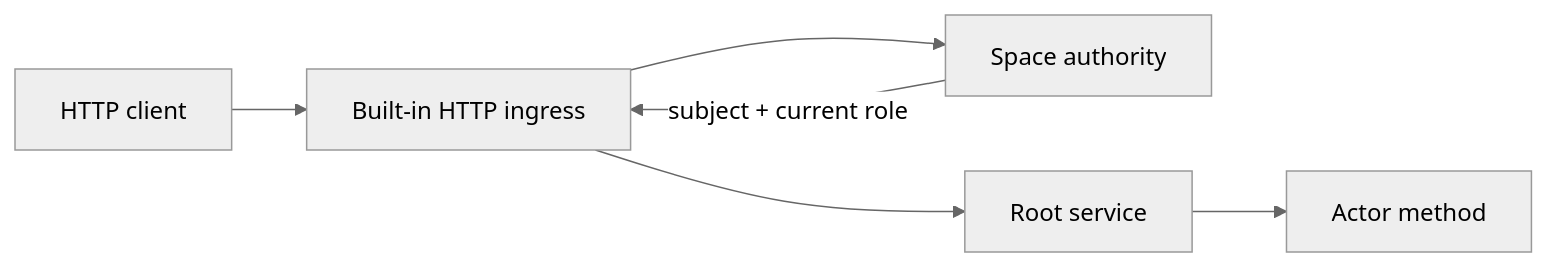
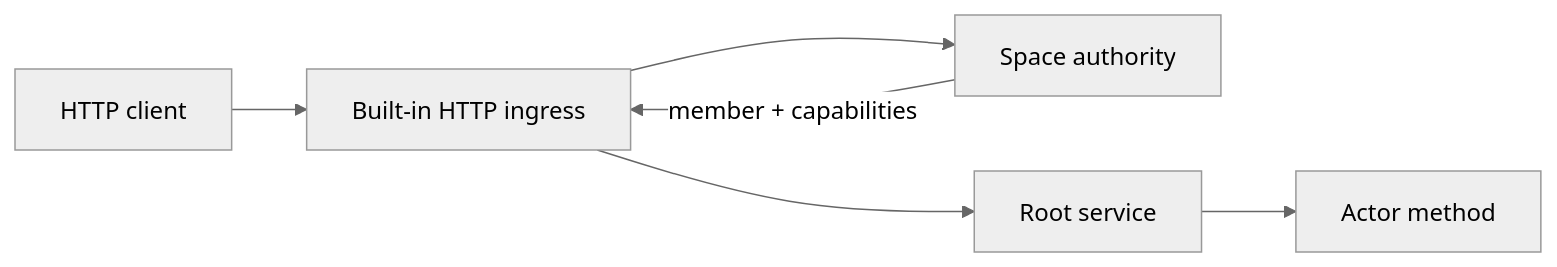
Before and after one commit to virto-network/vos: the diagram in docs/http-ingress.md, drawn with Mermaid (neutral theme). The commit also changed other lines of this file and 57 other files, not shown here.

````diff
--- a/docs/http-ingress.md
+++ b/docs/http-ingress.md
@@ -7,8 +7,8 @@
 ```mermaid
 flowchart LR
     Client[HTTP client] --> Listener[Built-in HTTP ingress]
     Listener --> Authority[Space authority]
-    Authority -->|subject + current role| Listener
+    Authority -->|member + capabilities| Listener
     Listener --> Service[Root service]
     Service --> Actor[Actor method]
 ```
````
